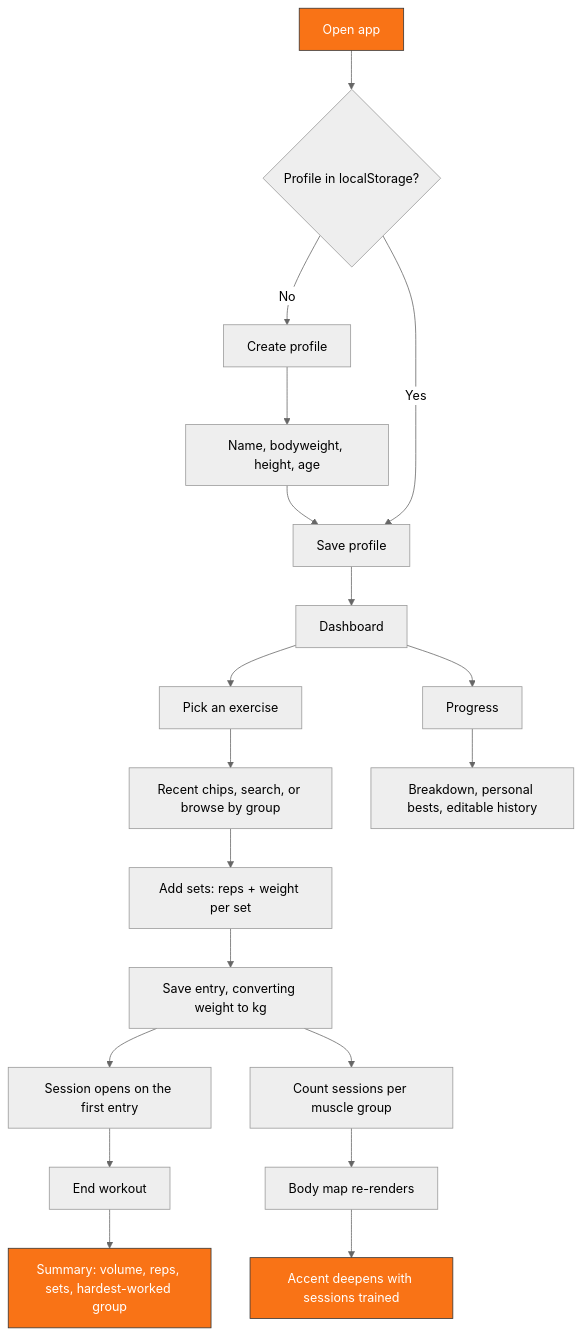
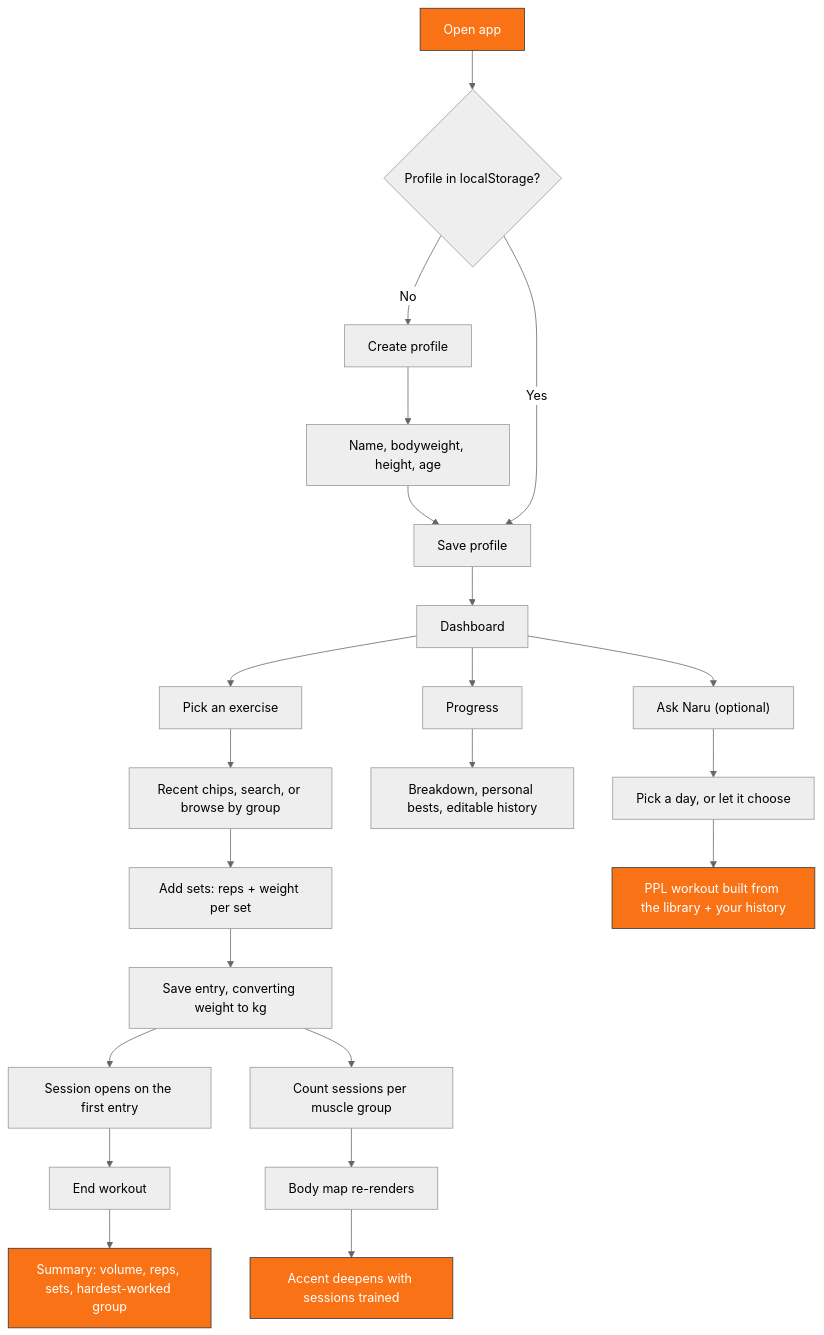
The diagram in README.md (byjoelsamuel/workout-tracker), drawn with Mermaid (neutral theme) before and after one commit. The commit also changed other lines of this file and 4 other files, not shown here.

First line of the commit message:
Add Naru, an optional dashboard coach for building a PPL session

````diff
--- a/README.md
+++ b/README.md
@@ -70,29 +74,34 @@
 ```mermaid
 flowchart TD
     A[Open app] --> B{Profile in localStorage?}
     B -- No --> C[Create profile]
     C --> C1[Name, bodyweight, height, age]
     C1 --> D[Save profile]
     B -- Yes --> D
 
     D --> E[Dashboard]
     E --> F[Pick an exercise]
     F --> F1[Recent chips, search, or browse by group]
     F1 --> F2[Add sets: reps + weight per set]
     F2 --> G[Save entry, converting weight to kg]
     G --> G1[Session opens on the first entry]
 
     G --> H[Count sessions per muscle group]
     H --> I[Body map re-renders]
     I --> I1[Accent deepens with sessions trained]
 
     G1 --> L[End workout]
     L --> L1[Summary: volume, reps, sets, hardest-worked group]
 
     E --> M[Progress]
     M --> M1[Breakdown, personal bests, editable history]
 
+    E --> N["Ask Naru (optional)"]
+    N --> N1[Pick a day, or let it choose]
+    N1 --> N2[PPL workout built from the library + your history]
+
     style A fill:#f97316,stroke:#333,color:#fff
     style I1 fill:#f97316,stroke:#333,color:#fff
     style L1 fill:#f97316,stroke:#333,color:#fff
+    style N2 fill:#f97316,stroke:#333,color:#fff
 ```
````
